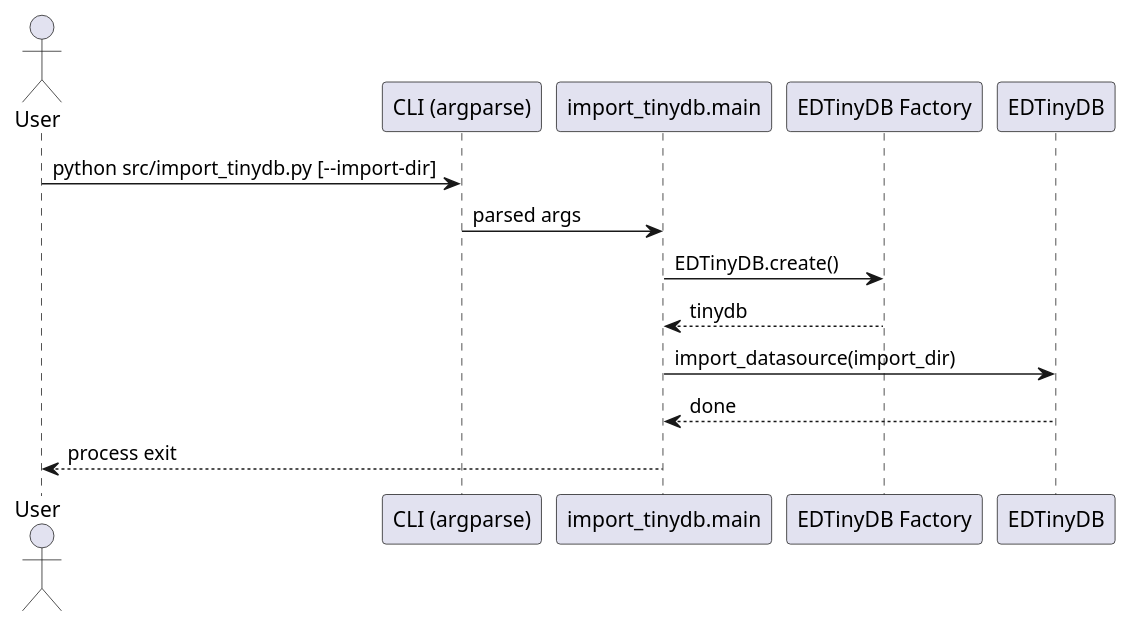
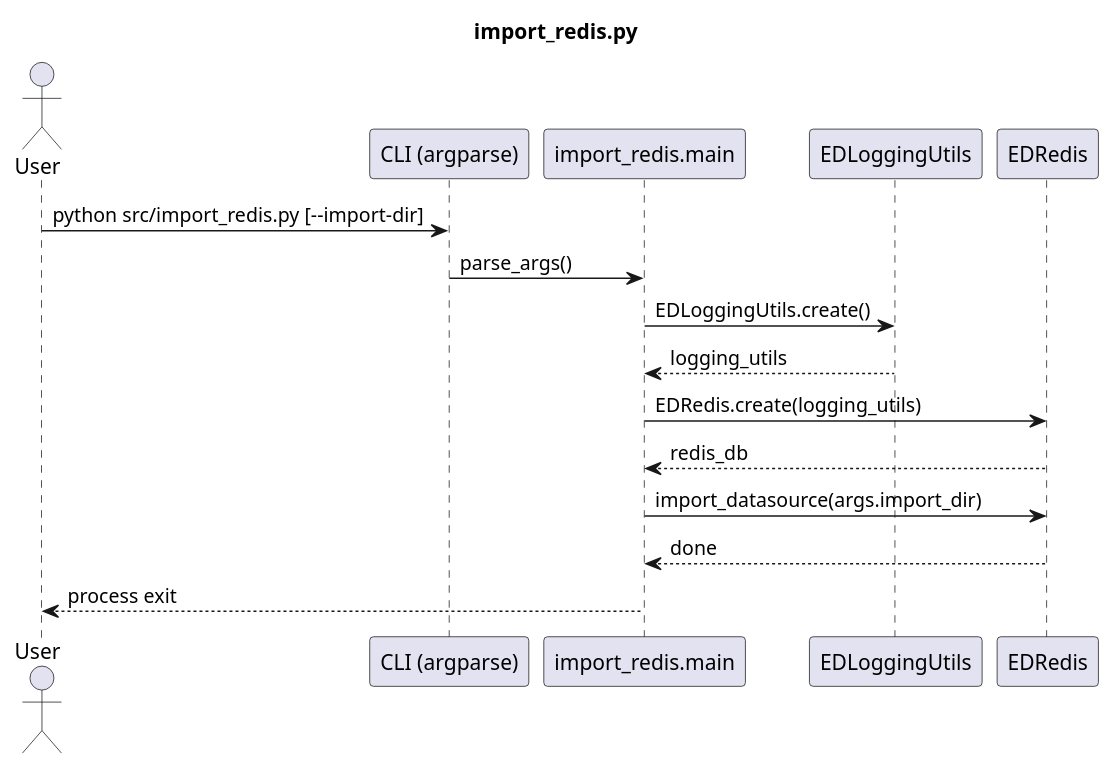
One commit to fazleskhan/elite_dangerous_discord_tools changed the third of 4 diagrams in docs/datastore_transfer_sequences.puml. Above: the diagram before and after it, drawn with PlantUML. The commit also changed other lines of this file and 73 other files, not shown here.

Commit message:
updated diagrams, readme, code comments and blacked source

```diff
--- a/docs/datastore_transfer_sequences.puml
+++ b/docs/datastore_transfer_sequences.puml
@@ -33,15 +41,19 @@
-@startuml import_tinydb
+@startuml import_redis
+title import_redis.py
+
 actor User
 participant "CLI (argparse)" as CLI
-participant "import_tinydb.main" as Main
-participant "EDTinyDB Factory" as TinyFactory
-participant "EDTinyDB" as TinyDB
+participant "import_redis.main" as Main
+participant "EDLoggingUtils" as Logging
+participant "EDRedis" as RedisDB
 
-User -> CLI : python src/import_tinydb.py [--import-dir]
-CLI -> Main : parsed args
-Main -> TinyFactory : EDTinyDB.create()
-TinyFactory --> Main : tinydb
-Main -> TinyDB : import_datasource(import_dir)
-TinyDB --> Main : done
+User -> CLI : python src/import_redis.py [--import-dir]
+CLI -> Main : parse_args()
+Main -> Logging : EDLoggingUtils.create()
+Logging --> Main : logging_utils
+Main -> RedisDB : EDRedis.create(logging_utils)
+RedisDB --> Main : redis_db
+Main -> RedisDB : import_datasource(args.import_dir)
+RedisDB --> Main : done
 Main --> User : process exit
 @enduml
```
